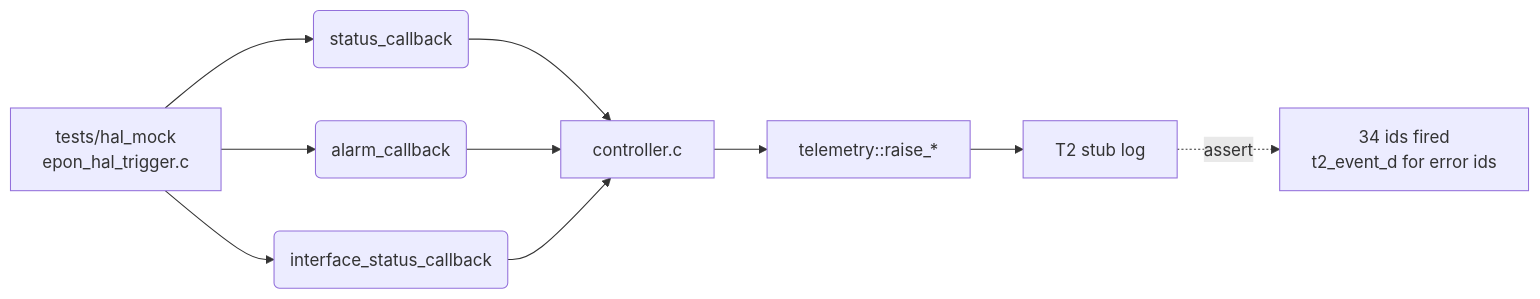
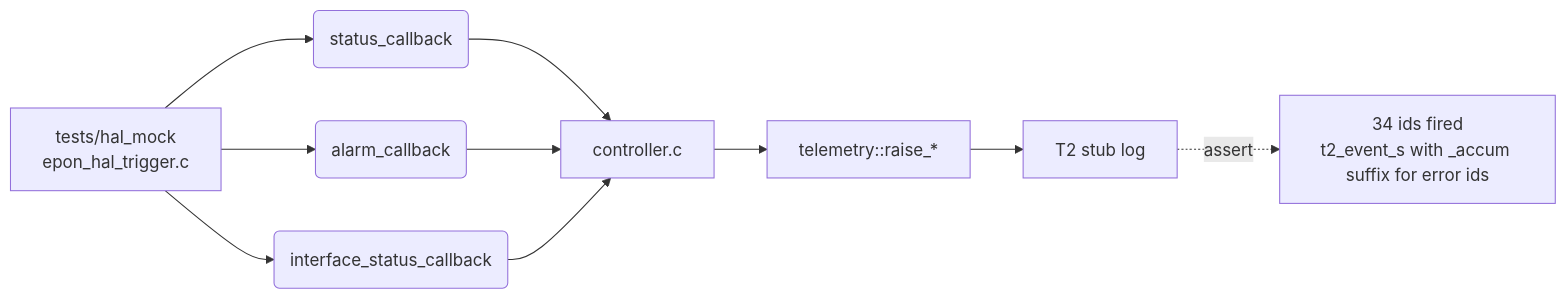
One commit to rdkcentral/epon-manager changed the seventh of 7 diagrams in design_docs/07_Telemetry_Design.md. Above: the diagram before and after it, drawn with Mermaid. The commit also changed other lines of this file and 1 other file, not shown here.

First line of the commit message:
telemetry: use _accum suffix for error markers instead of internal rate-limiting

````diff
--- a/design_docs/07_Telemetry_Design.md
+++ b/design_docs/07_Telemetry_Design.md
@@ -420,13 +411,13 @@
 ```mermaid
 flowchart LR
     HAL_MOCK[tests/hal_mock\nepon_hal_trigger.c] --> CB1(status_callback)
     HAL_MOCK --> CB2(alarm_callback)
     HAL_MOCK --> CB3(interface_status_callback)
     CB1 --> CTRL2[controller.c]
     CB2 --> CTRL2
     CB3 --> CTRL2
     CTRL2 --> TELE2[telemetry::raise_*]
     TELE2 --> T2STUB[T2 stub log]
 
-    T2STUB -.assert.-> ASSERT[34 ids fired\nt2_event_d for error ids]
+    T2STUB -.assert.-> ASSERT[34 ids fired\nt2_event_s with _accum suffix for error ids]
 ```
````
